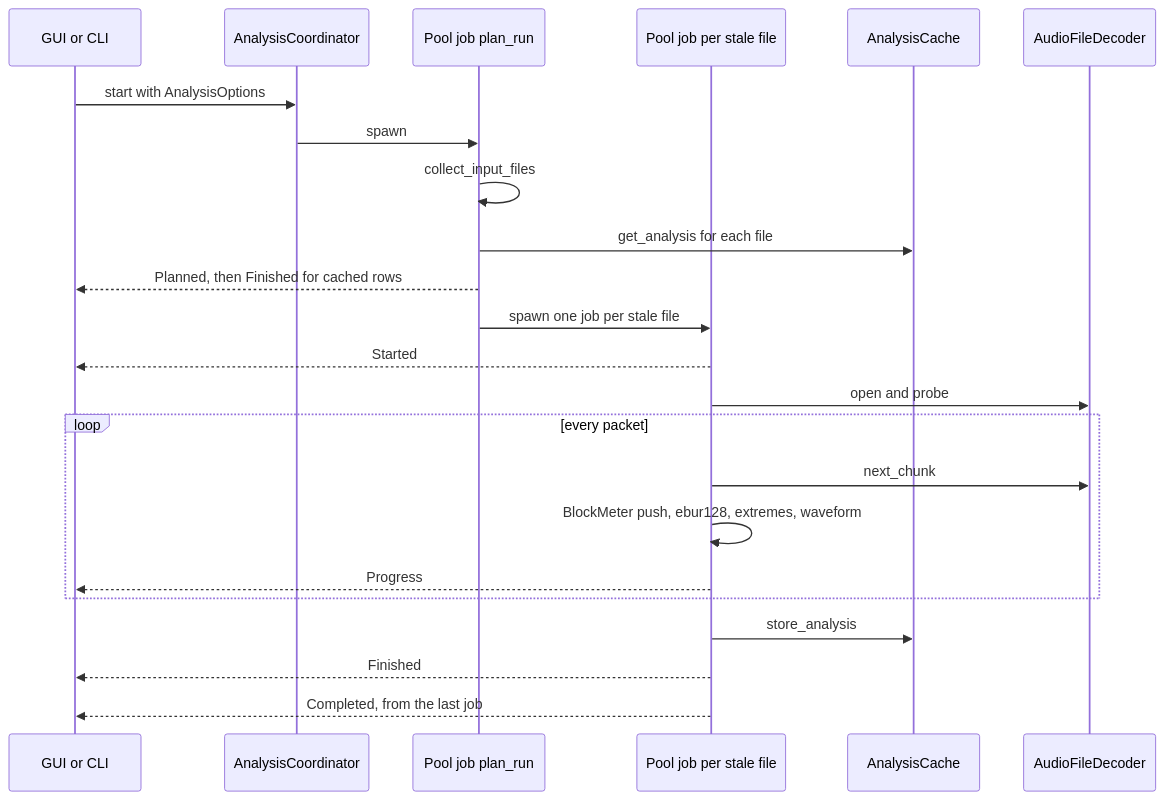
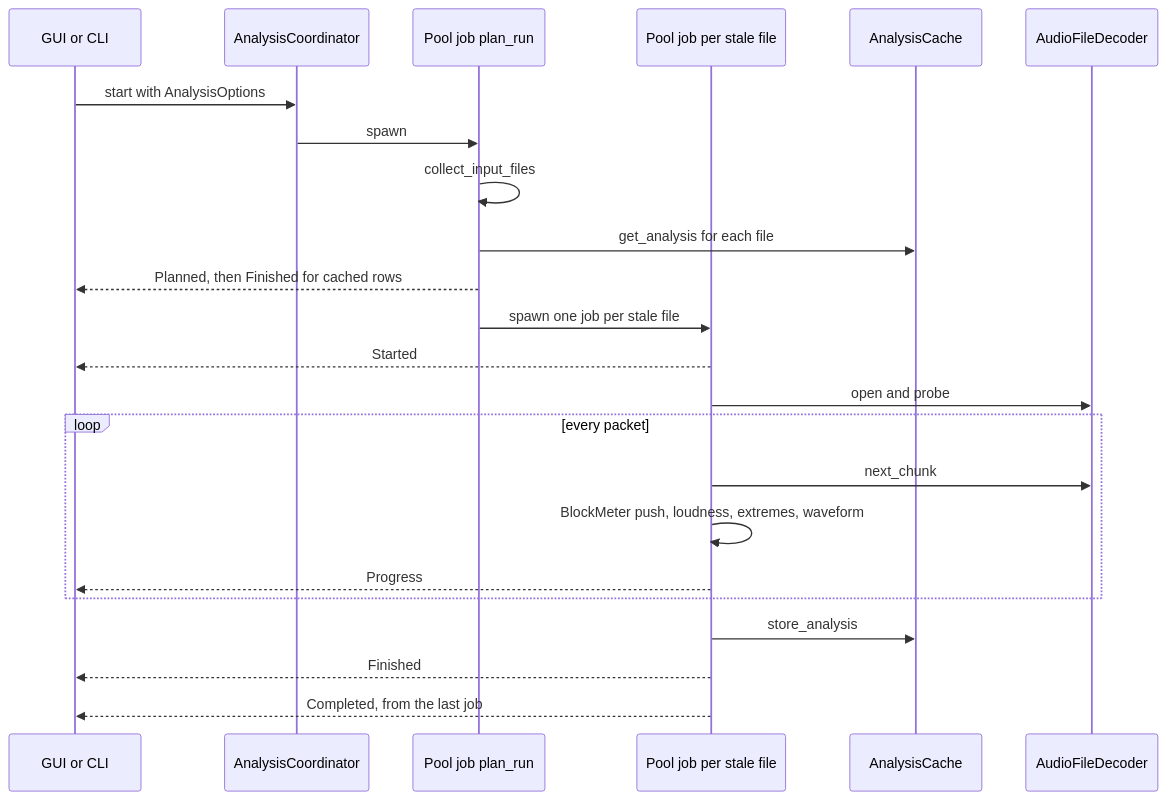
The fourth of 5 diagrams in rust/ARCHITECTURE.md (Esgrove/AudioBatch), drawn with Mermaid before and after one commit. The commit also changed other lines of this file and 7 other files, not shown here.

````diff
--- a/rust/ARCHITECTURE.md
+++ b/rust/ARCHITECTURE.md
@@ -260,26 +260,26 @@
 ```mermaid
 sequenceDiagram
     participant Front as GUI or CLI
     participant Coordinator as AnalysisCoordinator
     participant Planner as Pool job plan_run
     participant Job as Pool job per stale file
     participant Cache as AnalysisCache
     participant Decoder as AudioFileDecoder
 
     Front->>Coordinator: start with AnalysisOptions
     Coordinator->>Planner: spawn
     Planner->>Planner: collect_input_files
     Planner->>Cache: get_analysis for each file
     Planner-->>Front: Planned, then Finished for cached rows
     Planner->>Job: spawn one job per stale file
     Job-->>Front: Started
     Job->>Decoder: open and probe
     loop every packet
         Job->>Decoder: next_chunk
-        Job->>Job: BlockMeter push, ebur128, extremes, waveform
+        Job->>Job: BlockMeter push, loudness, extremes, waveform
         Job-->>Front: Progress
     end
     Job->>Cache: store_analysis
     Job-->>Front: Finished
     Job-->>Front: Completed, from the last job
 ```
````
